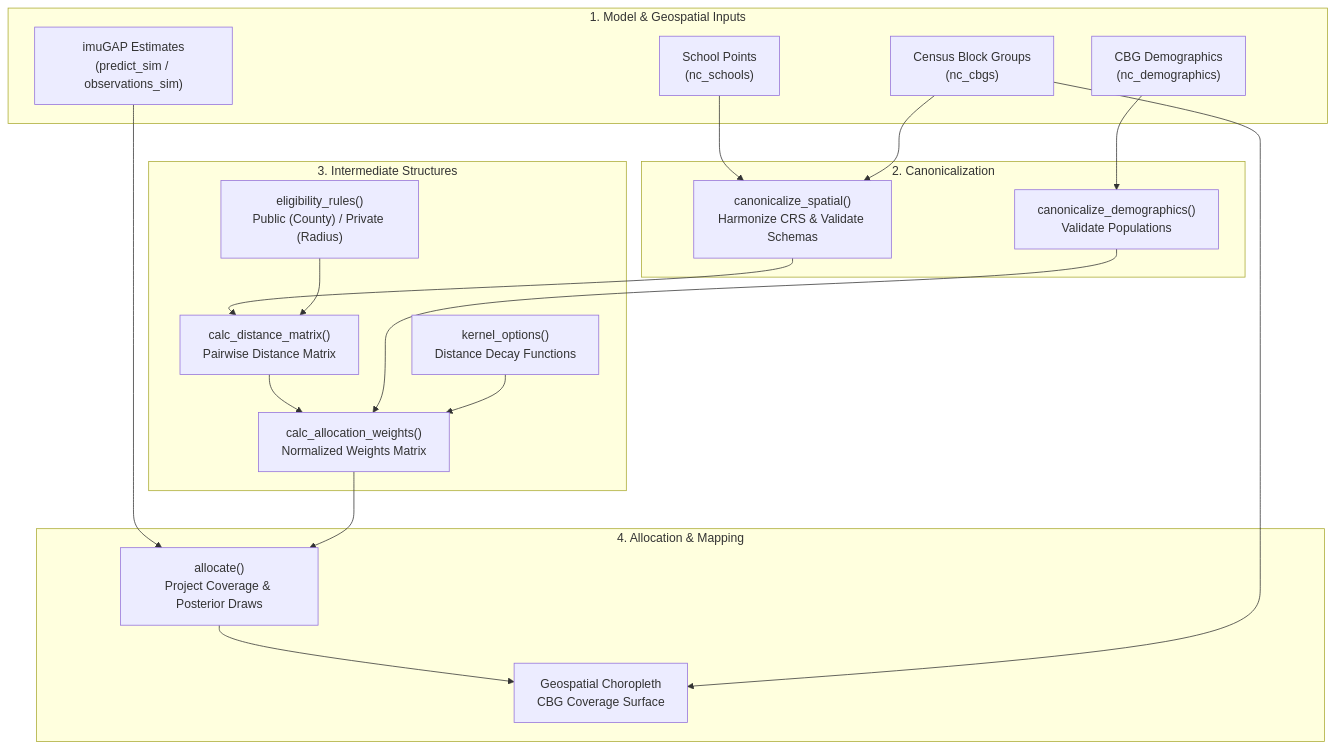
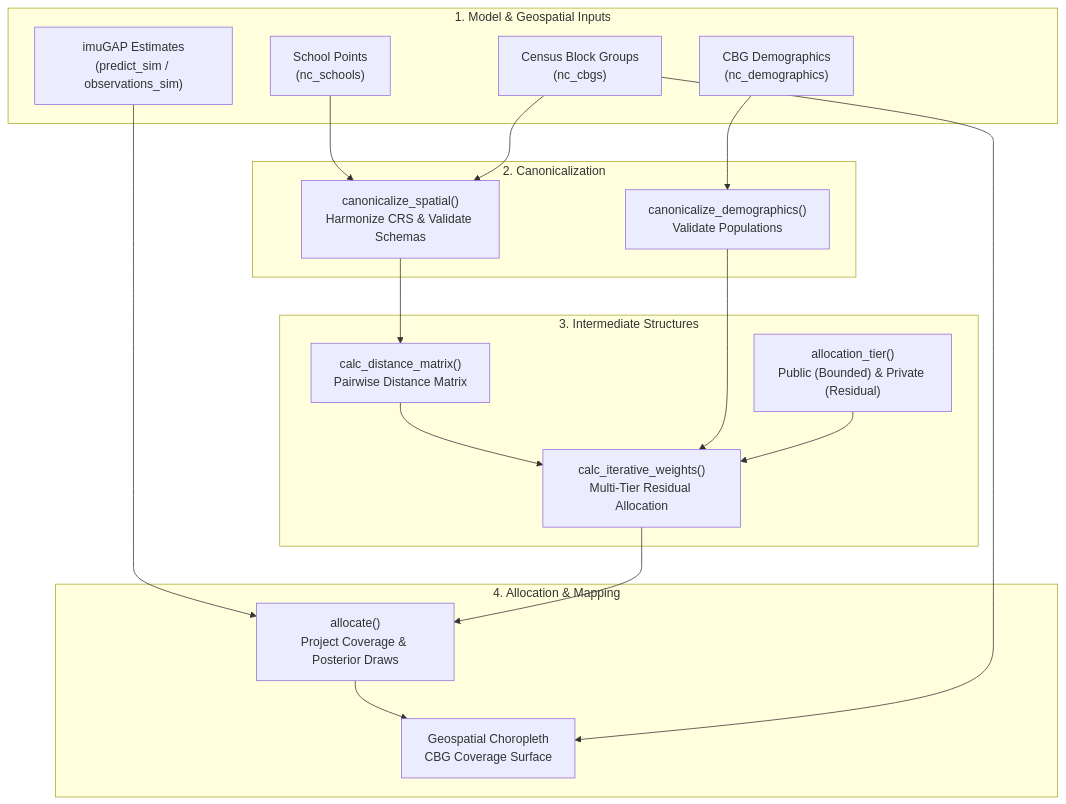
Before and after one commit to ACCIDDA/imuMAP: the diagram in vignettes/figures/workflow.mmd, drawn with Mermaid. The commit also changed 26 other files, not shown here.

First line of the commit message:
Implement multi-tier iterative allocation, standardize target terminology, and add main vignette

```diff
--- a/vignettes/figures/workflow.mmd
+++ b/vignettes/figures/workflow.mmd
@@ -1,38 +1,36 @@
 graph TD
     subgraph Inputs["1. Model & Geospatial Inputs"]
         GAP["imuGAP Estimates<br/>(predict_sim / observations_sim)"]
         SCH["School Points<br/>(nc_schools)"]
         CBG["Census Block Groups<br/>(nc_cbgs)"]
         DEM["CBG Demographics<br/>(nc_demographics)"]
     end
 
     subgraph Preparation["2. Canonicalization"]
         CAN_SP["canonicalize_spatial()<br/>Harmonize CRS & Validate Schemas"]
         CAN_DEM["canonicalize_demographics()<br/>Validate Populations"]
         SCH --> CAN_SP
         CBG --> CAN_SP
         DEM --> CAN_DEM
     end
 
     subgraph Matrices["3. Intermediate Structures"]
-        ELIG["eligibility_rules()<br/>Public (County) / Private (Radius)"]
         DIST["calc_distance_matrix()<br/>Pairwise Distance Matrix"]
-        KERN["kernel_options()<br/>Distance Decay Functions"]
-        WTS["calc_allocation_weights()<br/>Normalized Weights Matrix"]
+        TIER["allocation_tier()<br/>Public (Bounded) & Private (Residual)"]
+        WTS["calc_iterative_weights()<br/>Multi-Tier Residual Allocation"]
 
         CAN_SP --> DIST
-        ELIG --> DIST
         DIST --> WTS
         CAN_DEM --> WTS
-        KERN --> WTS
+        TIER --> WTS
     end
 
     subgraph Projection["4. Allocation & Mapping"]
         ALLOC["allocate()<br/>Project Coverage & Posterior Draws"]
         MAP["Geospatial Choropleth<br/>CBG Coverage Surface"]
 
         GAP --> ALLOC
         WTS --> ALLOC
         ALLOC --> MAP
         CBG --> MAP
     end
```
